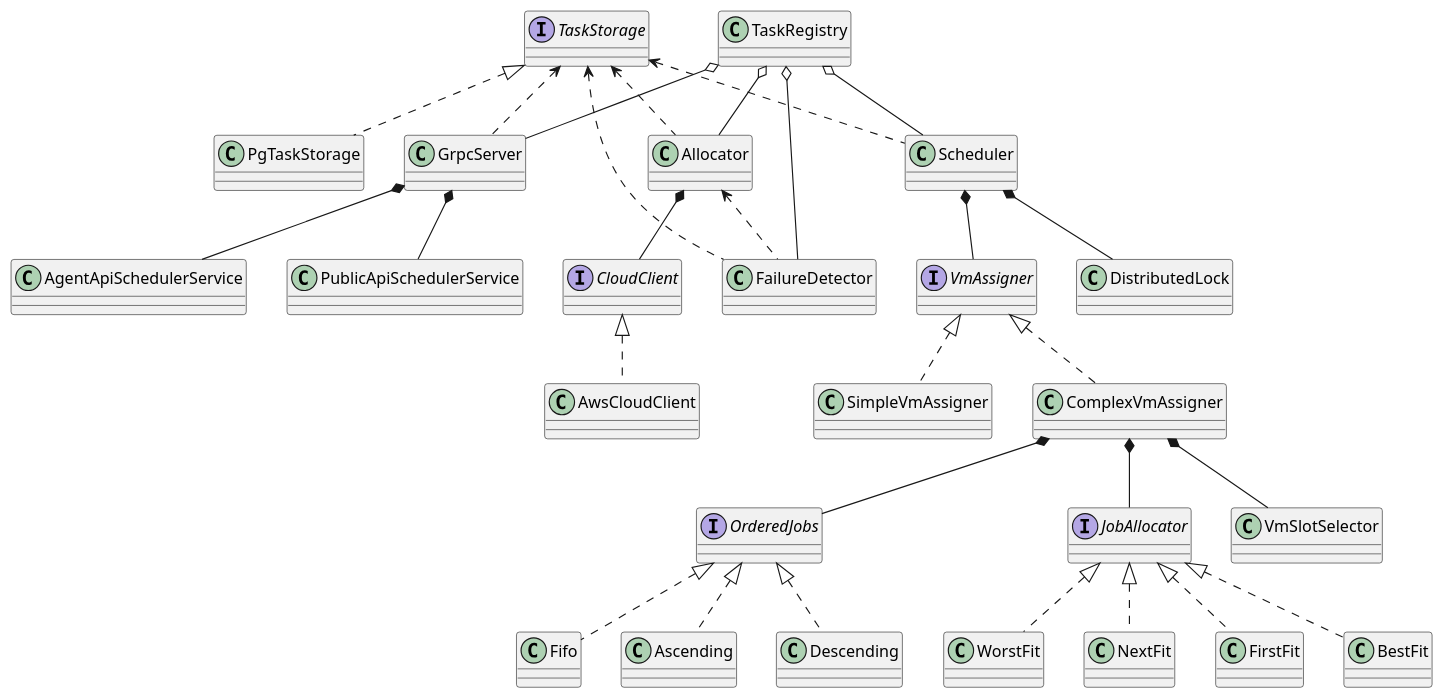
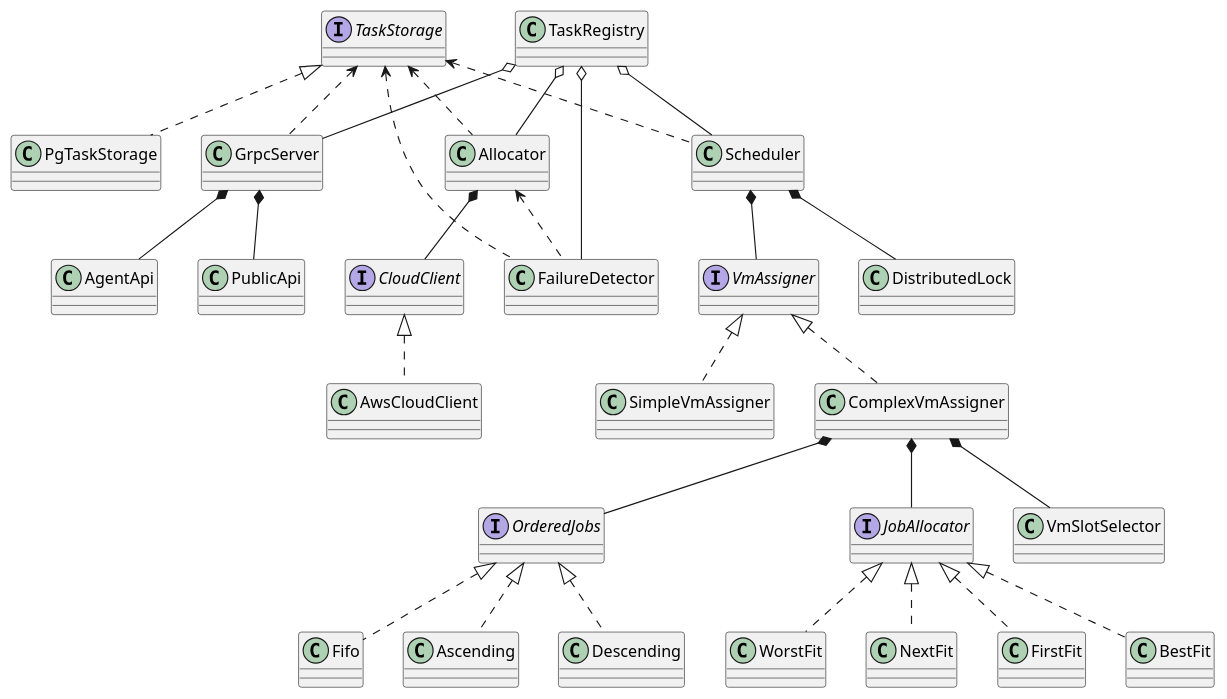
The diagram in docs/uml-diagrams/classes.puml (yutsareva/vm-scheduler), drawn with PlantUML before and after one commit.

Commit message:
update classes diagram

```diff
--- a/docs/uml-diagrams/classes.puml
+++ b/docs/uml-diagrams/classes.puml
@@ -1,62 +1,62 @@
 @startuml
 
 interface TaskStorage
 class PgTaskStorage
 TaskStorage <|.. PgTaskStorage
 
 class Allocator
 interface CloudClient
 class AwsCloudClient
 
 Allocator *-- CloudClient
 CloudClient <|.. AwsCloudClient
 TaskStorage <.. Allocator
 
 class Scheduler
 interface VmAssigner
 interface OrderedJobs
 class Fifo
 class Ascending
 class Descending
 interface JobAllocator
 class BestFit
 class WorstFit
 class NextFit
 class FirstFit
 
 class DistributedLock
 Scheduler *-- DistributedLock
 
 Scheduler *-- VmAssigner
 TaskStorage <.. Scheduler
 VmAssigner <|.. SimpleVmAssigner
 VmAssigner <|.. ComplexVmAssigner
 ComplexVmAssigner *-- OrderedJobs
 OrderedJobs <|.. Fifo
 OrderedJobs <|.. Ascending
 OrderedJobs <|.. Descending
 ComplexVmAssigner *-- JobAllocator
 JobAllocator <|.. BestFit
 JobAllocator <|.. WorstFit
 JobAllocator <|.. NextFit
 JobAllocator <|.. FirstFit
 ComplexVmAssigner *-- VmSlotSelector
 
 class FailureDetector
 Allocator <.. FailureDetector
 TaskStorage <.. FailureDetector
 
 class GrpcServer
-class AgentApiSchedulerService
-class PublicApiSchedulerService
+class AgentApi
+class PublicApi
 TaskStorage <.. GrpcServer
-GrpcServer *-- AgentApiSchedulerService
-GrpcServer *-- PublicApiSchedulerService
+GrpcServer *-- AgentApi
+GrpcServer *-- PublicApi
 
 class TaskRegistry
 TaskRegistry o-- Allocator
 TaskRegistry o-- GrpcServer
 TaskRegistry o-- Scheduler
 TaskRegistry o-- FailureDetector
 
 @enduml
```
